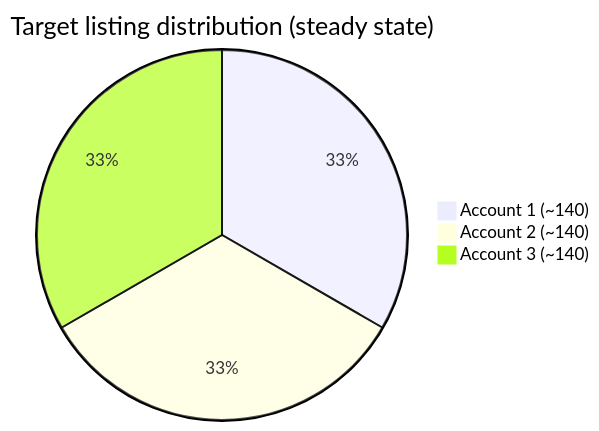
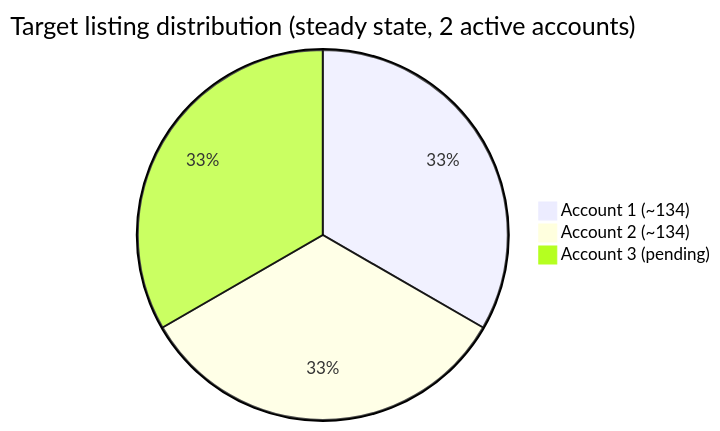
One commit to mg22mex/auto-upload changed the first of 10 diagrams in docs/PROJECT_GUIDE.md. Above: the diagram before and after it, drawn with Mermaid. The commit also changed other lines of this file and 2 other files, not shown here.

First line of the commit message:
Update docs for live sync on account_1 and account_2.

````diff
--- a/docs/PROJECT_GUIDE.md
+++ b/docs/PROJECT_GUIDE.md
@@ -25,6 +25,6 @@
 ```mermaid
-pie title Target listing distribution (steady state)
-    "Account 1 (~140)" : 140
-    "Account 2 (~140)" : 140
-    "Account 3 (~140)" : 140
+pie title Target listing distribution (steady state, 2 active accounts)
+    "Account 1 (~134)" : 134
+    "Account 2 (~134)" : 134
+    "Account 3 (pending)" : 134
 ```
````
